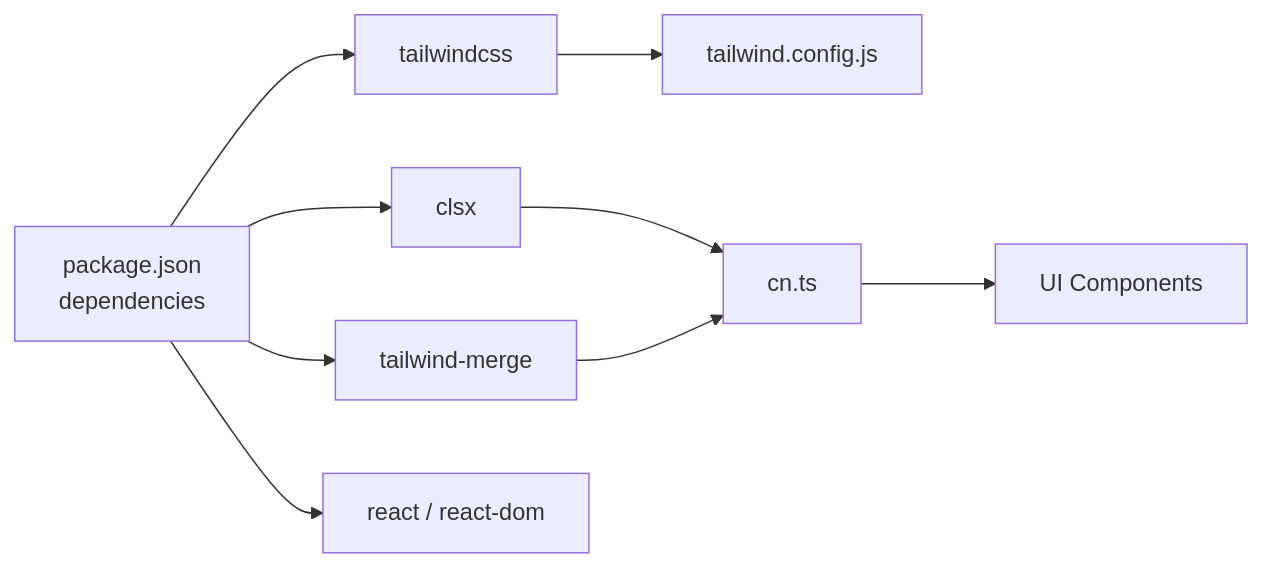
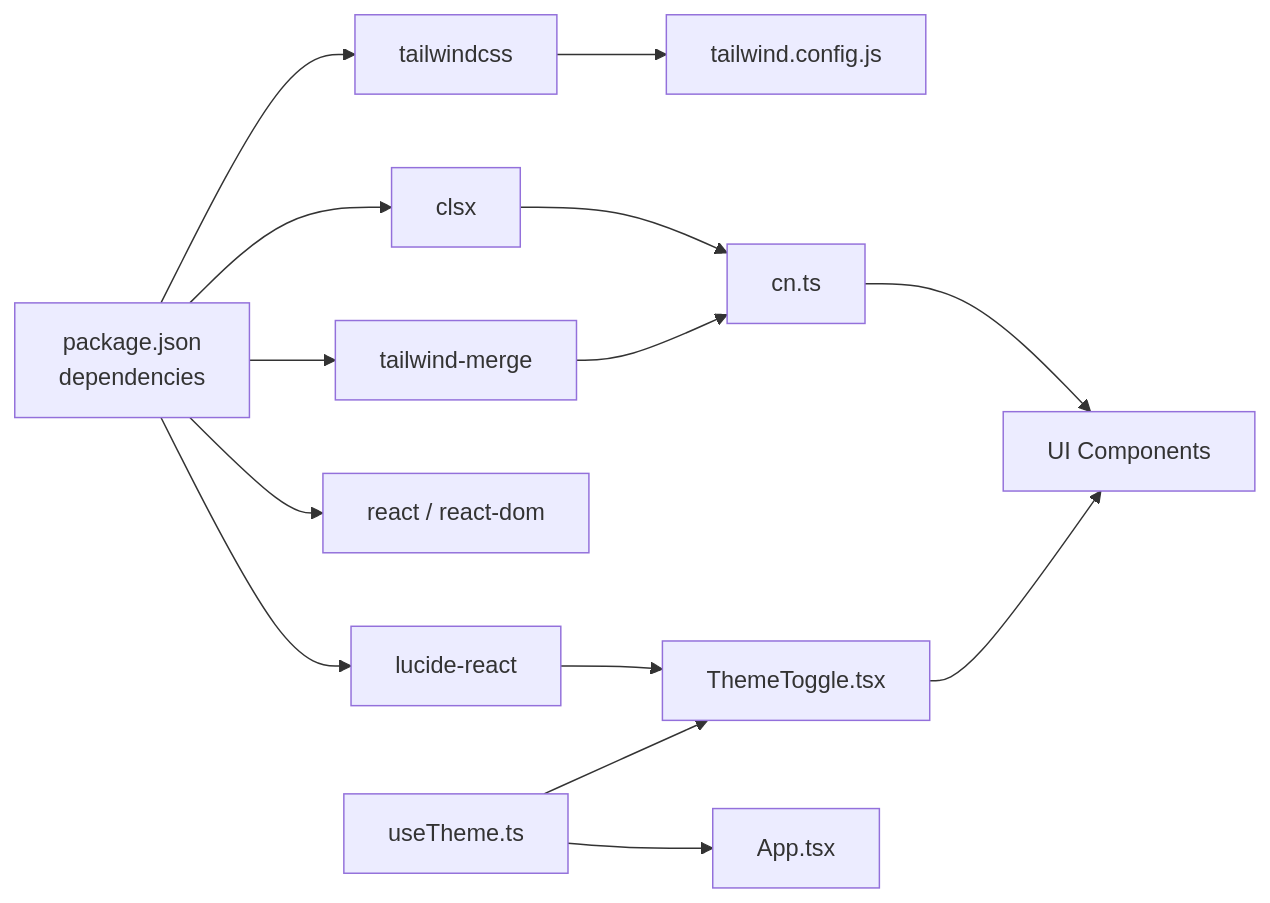
One commit to nilsnavi/fit_trackerpro changed the fifth of 5 diagrams in .qoder/repowiki/en/content/Frontend Component Architecture/UI Component Library/Design System Guidelines.md. Above: the diagram before and after it, drawn with Mermaid. The commit also changed other lines of this file and 19 other files, not shown here.

````diff
--- a/.qoder/repowiki/en/content/Frontend Component Architecture/UI Component Library/Design System Guidelines.md
+++ b/.qoder/repowiki/en/content/Frontend Component Architecture/UI Component Library/Design System Guidelines.md
@@ -263,11 +372,16 @@
 ```mermaid
 graph LR
 Pkg["package.json<br/>dependencies"] --> TW["tailwindcss"]
 Pkg --> CN["clsx"]
 Pkg --> TM["tailwind-merge"]
 Pkg --> React["react / react-dom"]
+Pkg --> Lucide["lucide-react"]
 TW --> Config["tailwind.config.js"]
 CN --> Utils["cn.ts"]
 TM --> Utils
+Lucide --> ThemeToggle["ThemeToggle.tsx"]
 Utils --> Components["UI Components"]
+ThemeHook["useTheme.ts"] --> ThemeToggle
+ThemeHook --> App["App.tsx"]
+ThemeToggle --> Components
 ```
````
